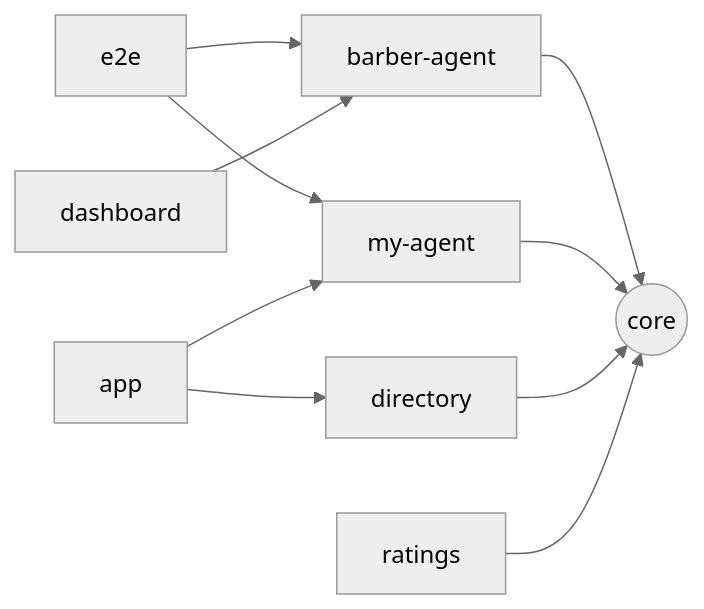
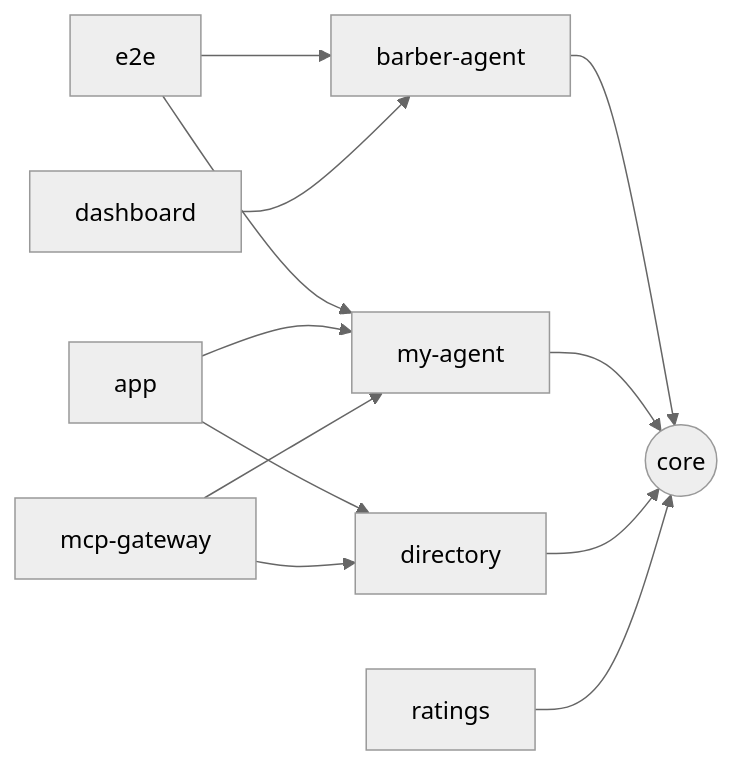
One commit to Jannisar01/hitchpost changed the third of 8 diagrams in docs/sad/10-architecture.md. Above: the diagram before and after it, drawn with Mermaid (neutral theme). The commit also changed other lines of this file and 39 other files, not shown here.

````diff
--- a/docs/sad/10-architecture.md
+++ b/docs/sad/10-architecture.md
@@ -121,13 +125,15 @@
 ```mermaid
 flowchart LR
   core((core))
   barber[barber-agent] --> core
   my[my-agent] --> core
   e2e[e2e] --> barber
   e2e --> my
   dir[directory] --> core
   dash[dashboard] --> barber
   app[app] --> my
   app --> dir
   rate[ratings] --> core
+  mcpgw[mcp-gateway] --> my
+  mcpgw --> dir
 ```
````
